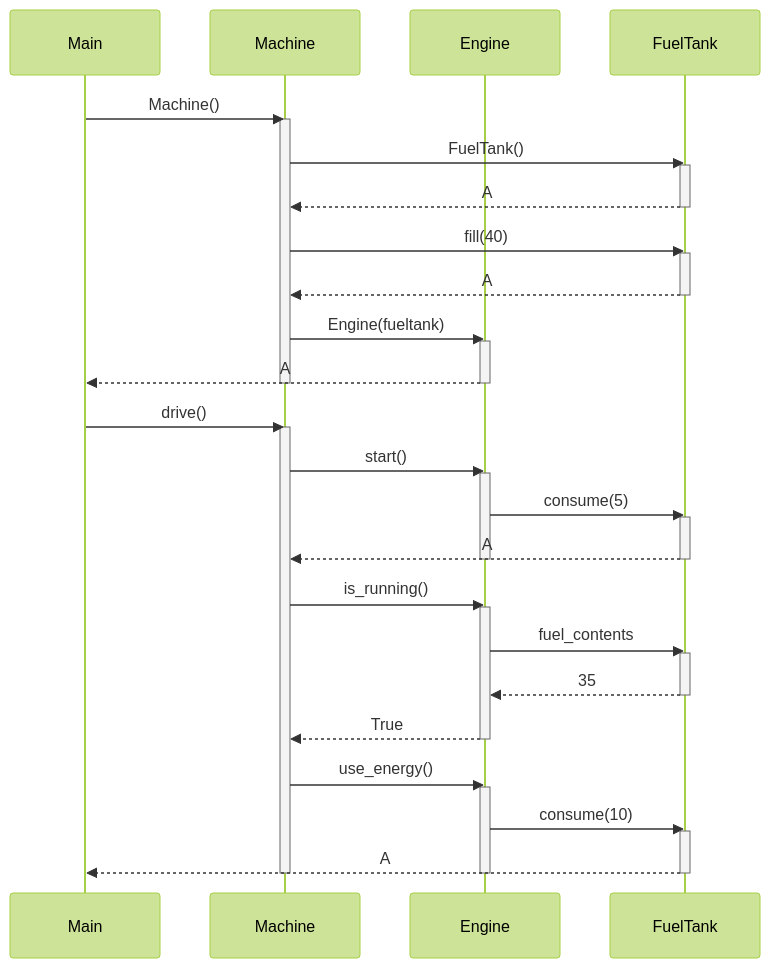
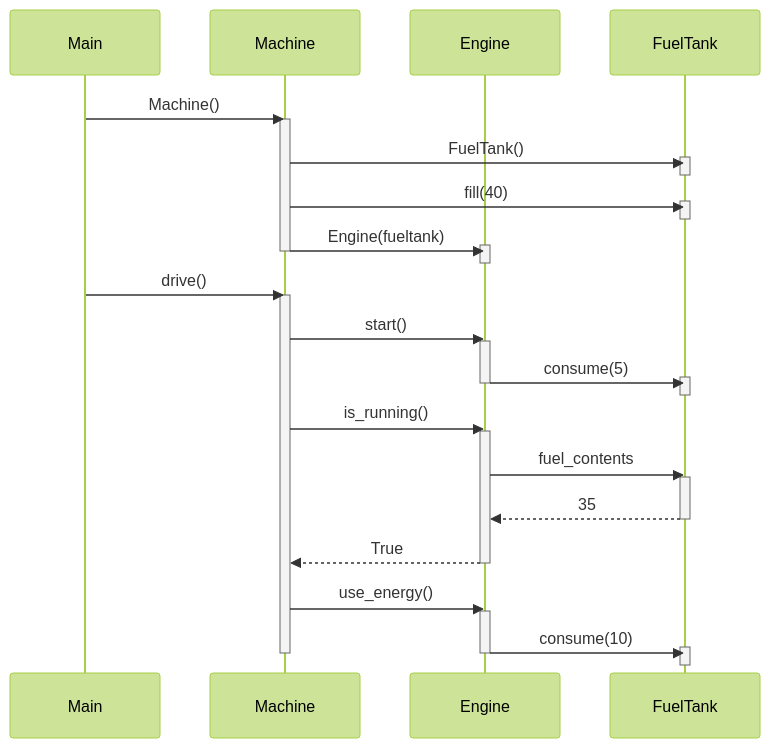
Before and after one commit to Peikkohi/ot-harjoitustyo: the diagram in laskarit/viikko3/machine-sekvenssikaavio.md, drawn with Mermaid (forest theme).

Commit message:
Fix sequence diagram

````diff
--- a/laskarit/viikko3/machine-sekvenssikaavio.md
+++ b/laskarit/viikko3/machine-sekvenssikaavio.md
@@ -1,48 +1,43 @@
 ```mermaid
 sequenceDiagram
 	participant Ma as Main
 	participant M as Machine
 	participant E as Engine
 	participant F as FuelTank
 
 	Ma->>M: Machine()
 	activate M
 	M->>F: FuelTank()
 	activate F
-	F-->>M: A
 	deactivate F
 	M->>F: fill(40)
 	activate F
-	F-->>M: A
 	deactivate F
 	M->>E: Engine(fueltank)
 	activate E
-	E-->>Ma: A
 	deactivate E
 	deactivate M
 	Ma->>M: drive()
 	activate M
 	M->>E: start()
 	activate E
 	E->>F: consume(5)
 	activate F
-	F-->>M: A
 	deactivate F
 	deactivate E
 	M->>E: is_running()
 	activate E
 	E->>F: fuel_contents
 	activate F
 	F-->>E: 35
 	deactivate F
 	E-->>M: True
 	deactivate E
 	M->>E: use_energy()
 	activate E
 	E->>F: consume(10)
 	activate F
-	F-->>Ma: A
 	deactivate F
 	deactivate E
 	deactivate M
 ```
````
